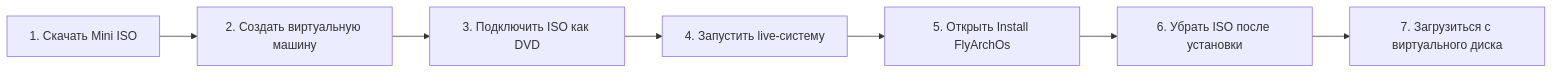
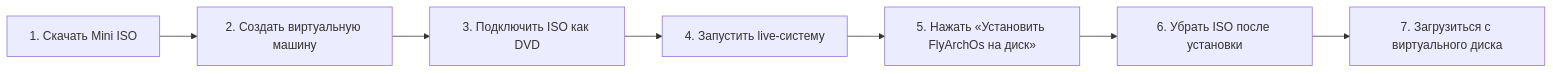
The diagram in README.md (Nan6767/OsNan), drawn with Mermaid before and after one commit. The commit also changed other lines of this file and 3 other files, not shown here.

````diff
--- a/README.md
+++ b/README.md
@@ -114,9 +119,9 @@
 ```mermaid
 flowchart LR
     A["1. Скачать Mini ISO"] --> B["2. Создать виртуальную машину"]
     B --> C["3. Подключить ISO как DVD"]
     C --> D["4. Запустить live-систему"]
-    D --> E["5. Открыть Install FlyArchOs"]
+    D --> E["5. Нажать «Установить FlyArchOs на диск»"]
     E --> F["6. Убрать ISO после установки"]
     F --> G["7. Загрузиться с виртуального диска"]
 ```
````
